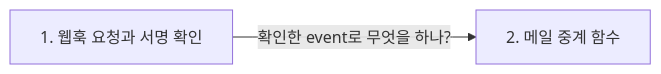
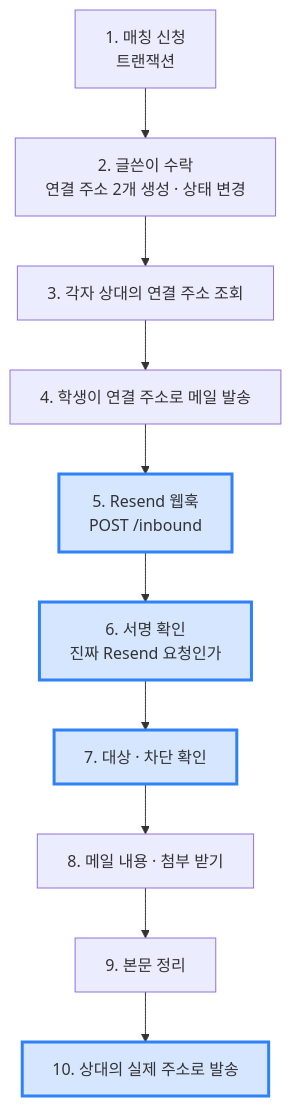
One commit to ChildrenAon/TIL changed the first of 2 diagrams in 2026/November/11-07.md. Above: the diagram before and after it, drawn with Mermaid. The commit also changed other lines of this file, not shown here.

Commit message:
[ONE Student] 메일 중계 [JavaScript] 문법 9가지
고침: 학습 순서 흐름을 기능 전체 흐름 도식으로 바꿈

````diff
--- a/2026/November/11-07.md
+++ b/2026/November/11-07.md
@@ -22,5 +22,11 @@
 ```mermaid
 %%{init: {"flowchart": {"wrappingWidth": 600}, "themeCSS": ".edgeLabel div { display: table-cell !important; width: auto !important; max-width: none !important; white-space: nowrap !important; } .edgeLabel p { padding: 5px 12px !important; margin: 0 !important; background: #55555599; } .edgeLabel, .edgeLabel span, .edgeLabel .labelBkg { background: transparent !important; }"}}%%
-flowchart LR
-  A["1. 웹훅 요청과 서명 확인"] -->|"확인한 event로 무엇을 하나?"| B["2. 메일 중계 함수"]
+flowchart TD
+  A["1. 매칭 신청<br/>트랜잭션"] --> B["2. 글쓴이 수락<br/>연결 주소 2개 생성 · 상태 변경"]
+  B --> C["3. 각자 상대의 연결 주소 조회"] --> D["4. 학생이 연결 주소로 메일 발송"]
+  D --> E["5. Resend 웹훅<br/>POST /inbound"] --> F["6. 서명 확인<br/>진짜 Resend 요청인가"]
+  F --> G["7. 대상 · 차단 확인"] --> H["8. 메일 내용 · 첨부 받기"]
+  H --> I["9. 본문 정리"] --> J["10. 상대의 실제 주소로 발송"]
+  classDef seen fill:#2f81f733,stroke:#2f81f7,stroke-width:3px
+  class E,F,G,J seen
 ```
````
